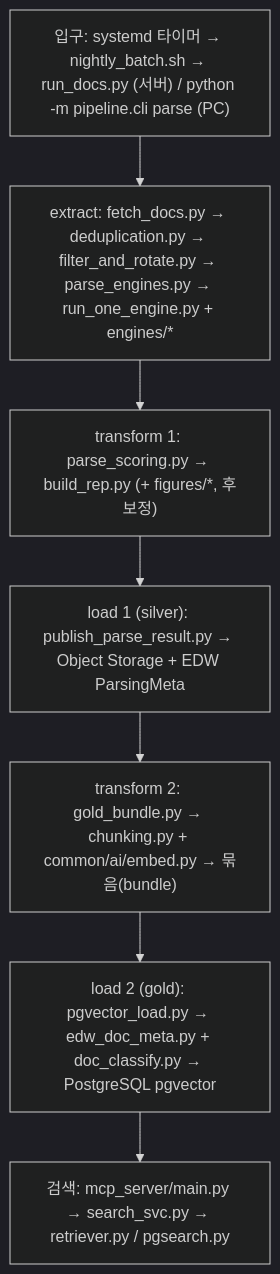
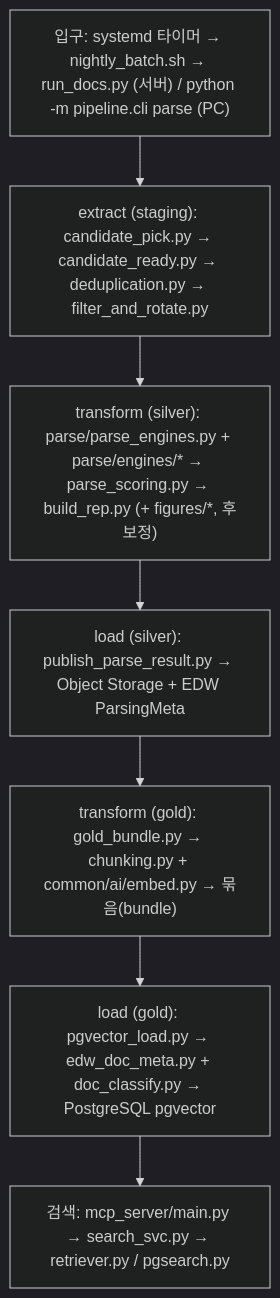
Before and after one commit to gigasamba/sbl_data_parsing: the first of 11 diagrams in docs/architecture/parse_flow.md, drawn with Mermaid (dark theme). The commit also changed other lines of this file and 5 other files, not shown here.

````diff
--- a/docs/architecture/parse_flow.md
+++ b/docs/architecture/parse_flow.md
@@ -26,11 +26,11 @@
 ```mermaid
 flowchart TD
     A["입구: systemd 타이머 → nightly_batch.sh → run_docs.py (서버) / python -m pipeline.cli parse (PC)"]
-    B["extract: fetch_docs.py → deduplication.py → filter_and_rotate.py → parse_engines.py → run_one_engine.py + engines/*"]
-    C["transform 1: parse_scoring.py → build_rep.py (+ figures/*, 후보정)"]
-    P["load 1 (silver): publish_parse_result.py → Object Storage + EDW ParsingMeta"]
-    D["transform 2: gold_bundle.py → chunking.py + common/ai/embed.py → 묶음(bundle)"]
-    E["load 2 (gold): pgvector_load.py → edw_doc_meta.py + doc_classify.py → PostgreSQL pgvector"]
+    B["extract (staging): candidate_pick.py → candidate_ready.py → deduplication.py → filter_and_rotate.py"]
+    C["transform (silver): parse/parse_engines.py + parse/engines/* → parse_scoring.py → build_rep.py (+ figures/*, 후보정)"]
+    P["load (silver): publish_parse_result.py → Object Storage + EDW ParsingMeta"]
+    D["transform (gold): gold_bundle.py → chunking.py + common/ai/embed.py → 묶음(bundle)"]
+    E["load (gold): pgvector_load.py → edw_doc_meta.py + doc_classify.py → PostgreSQL pgvector"]
     F["검색: mcp_server/main.py → search_svc.py → retriever.py / pgsearch.py"]
     A --> B --> C --> P --> D --> E --> F
 ```
````
